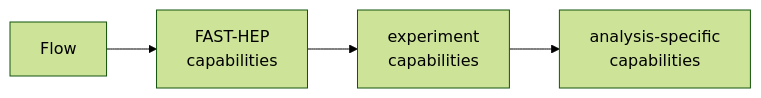
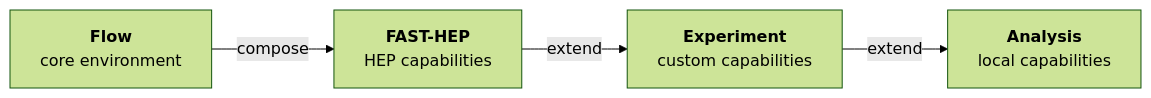
One commit to FAST-HEP/fast-hep.github.io changed the fourth of 4 diagrams in content/concepts/profiles-and-registries.md. Above: the diagram before and after it, drawn with Mermaid (forest theme). The commit also changed other lines of this file and 6 other files, not shown here.

````diff
--- a/content/concepts/profiles-and-registries.md
+++ b/content/concepts/profiles-and-registries.md
@@ -109,9 +119,11 @@
 ```mermaid
 flowchart LR
-    Core["Flow"]
-    HEP["FAST-HEP<br/>capabilities"]
-    Experiment["experiment<br/>capabilities"]
-    Analysis["analysis-specific<br/>capabilities"]
+    Flow["<b>Flow</b><br/>core environment"]:::flow
+    HEP["<b>FAST-HEP</b><br/>HEP capabilities"]:::capability
+    Experiment["<b>Experiment</b><br/>custom capabilities"]:::capability
+    Analysis["<b>Analysis</b><br/>local capabilities"]:::capability
 
-    Core --> HEP --> Experiment --> Analysis
+    Flow -->|compose| HEP
+    HEP -->|extend| Experiment
+    Experiment -->|extend| Analysis
 ```
````
